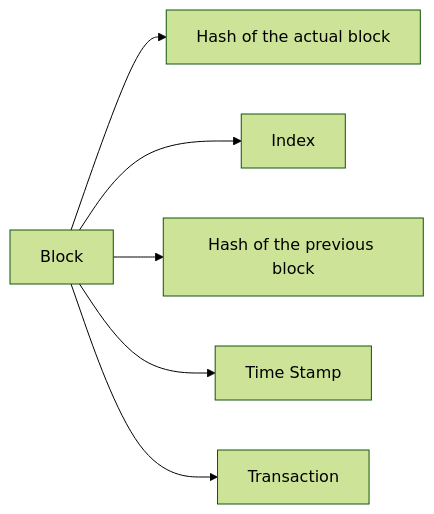
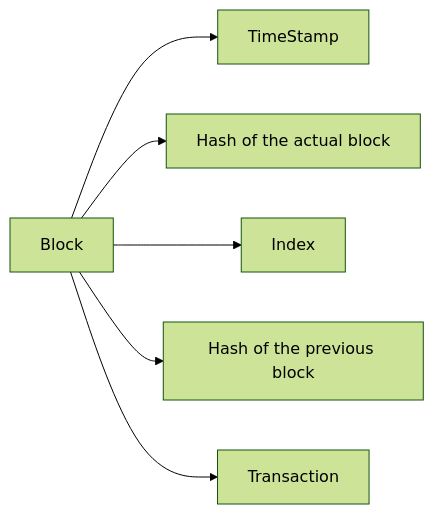
One commit to Swelshin/SwelCoin changed the first of 2 diagrams in README.md. Above: the diagram before and after it, drawn with Mermaid (forest theme). The commit also changed other lines of this file and 6 other files, not shown here.

````diff
--- a/README.md
+++ b/README.md
@@ -11,16 +11,16 @@
 ```mermaid
 
 flowchart LR
     block["Block"]
     index["Index"]
     prevhash["Hash of the previous block"]
-    timestamp["Time Stamp"]
     transaction["Transaction"]
     hash["Hash of the actual block"]
+    timestamp["TimeStamp"]
+    block --> timestamp
     block --> hash
     block --> index
     block --> prevhash
-    block --> timestamp
     block --> transaction
 
 ```
````
